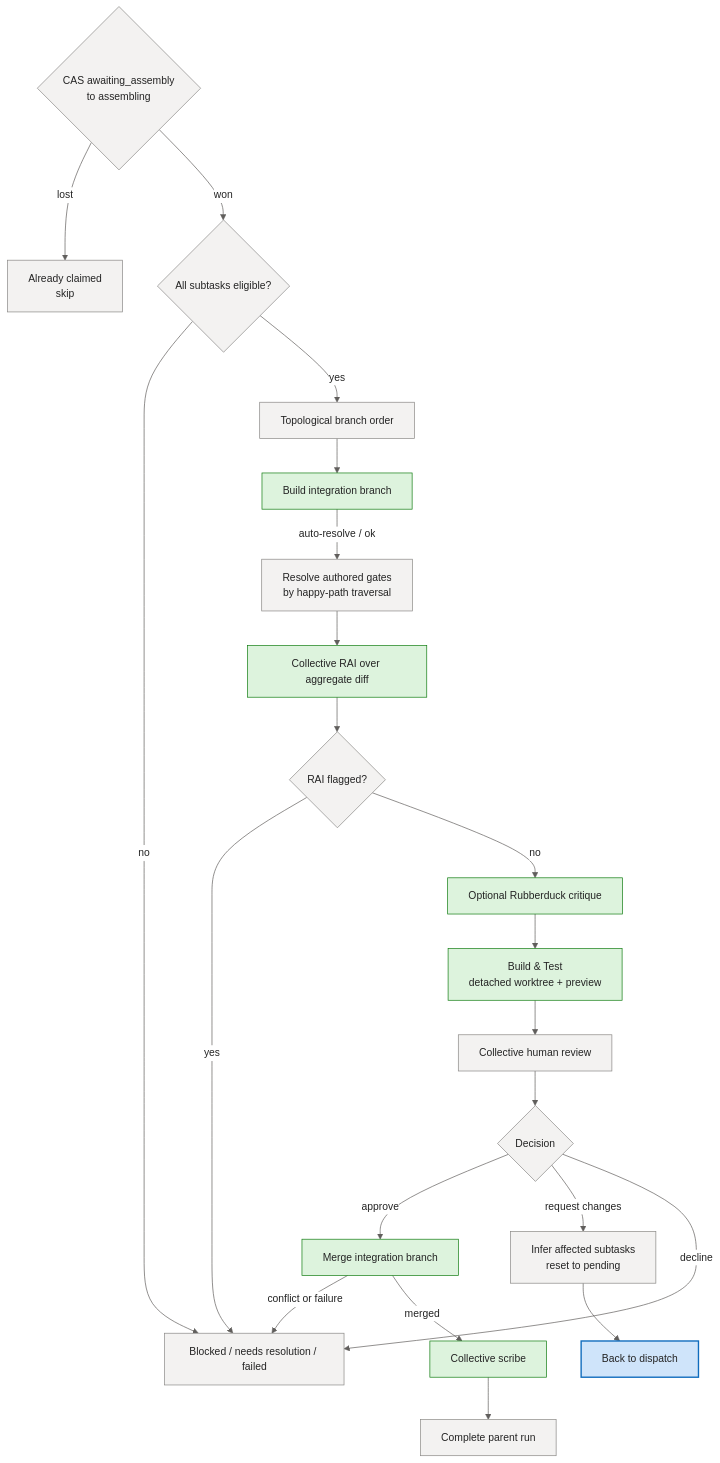
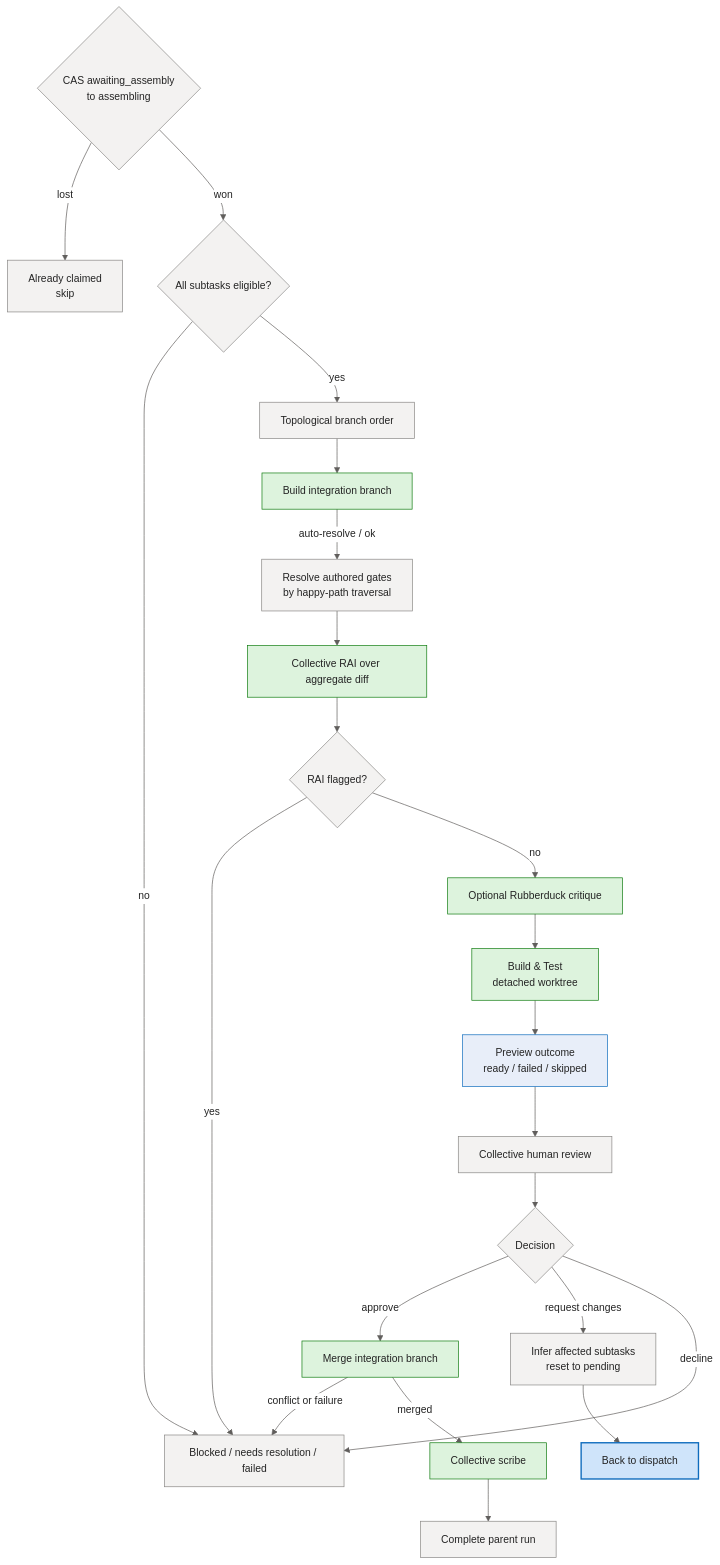
One commit to sabbour/agentweaver changed the fifth of 5 diagrams in docs/deep-dive/coordinator-internals.md. Above: the diagram before and after it, drawn with Mermaid. The commit also changed other lines of this file and 34 other files, not shown here.

````diff
--- a/docs/deep-dive/coordinator-internals.md
+++ b/docs/deep-dive/coordinator-internals.md
@@ -436,49 +436,51 @@
 ```mermaid
 %%{init: {'theme':'base','themeVariables':{'fontFamily':'Segoe UI, system-ui, -apple-system, sans-serif','fontSize':'15px','primaryColor':'#E8EEF9','primaryBorderColor':'#0F6CBD','primaryTextColor':'#242424','lineColor':'#605E5C','clusterBkg':'#FAF9F8','clusterBorder':'#D2D0CE','edgeLabelBackground':'#FFFFFF'}}}%%
 flowchart TD
     Claim{CAS awaiting_assembly<br/>to assembling}
     Eligible{All subtasks eligible?}
     Order[Topological branch order]
     Integration[Build integration branch]
     GateOrder[Resolve authored gates
 by happy-path traversal]
     Rai[Collective RAI over aggregate diff]
     RaiFlag{RAI flagged?}
     Rubberduck[Optional Rubberduck critique]
     BuildTest[Build & Test
-detached worktree + preview]
+detached worktree]
+    Preview[Preview outcome
+ready / failed / skipped]
     Review[Collective human review]
     Decision{Decision}
     Merge[Merge integration branch]
     Scribe[Collective scribe]
     Complete[Complete parent run]
     RequestChanges[Infer affected subtasks<br/>reset to pending]
     AlreadyClaimed[Already claimed<br/>skip]
     Blocked[Blocked / needs resolution / failed]
 
     Claim -- lost --> AlreadyClaimed
     Claim -- won --> Eligible
     Eligible -- no --> Blocked
     Eligible -- yes --> Order --> Integration
     Integration -- auto-resolve / ok --> GateOrder --> Rai --> RaiFlag
     RaiFlag -- yes --> Blocked
-    RaiFlag -- no --> Rubberduck --> BuildTest --> Review --> Decision
+    RaiFlag -- no --> Rubberduck --> BuildTest --> Preview --> Review --> Decision
     Decision -- approve --> Merge
     Decision -- request changes --> RequestChanges
     Decision -- decline --> Blocked
     Merge -- conflict or failure --> Blocked
     Merge -- merged --> Scribe --> Complete
     RequestChanges --> Dispatching[Back to dispatch]
 
     classDef client fill:#E8EEF9,stroke:#0F6CBD,stroke-width:1px,color:#242424;
     classDef svc fill:#F3F2F1,stroke:#8A8886,stroke-width:1px,color:#242424;
     classDef core fill:#CFE4FA,stroke:#0F6CBD,stroke-width:2px,color:#242424;
     classDef data fill:#FFF4CE,stroke:#C19C00,stroke-width:1px,color:#242424;
     classDef ext fill:#F0E8F8,stroke:#8764B8,stroke-width:1px,color:#242424;
     classDef runtime fill:#DDF3DD,stroke:#107C10,stroke-width:1px,color:#242424;
     classDef evt fill:#D6F0F0,stroke:#038387,stroke-width:1px,color:#242424;
 
     class Claim,Eligible,Order,GateOrder,RaiFlag,Review,Decision,Complete,RequestChanges,AlreadyClaimed,Blocked svc;
     class Integration,Rai,Rubberduck,BuildTest,Merge,Scribe runtime;
     class Dispatching core;
 ```
````
